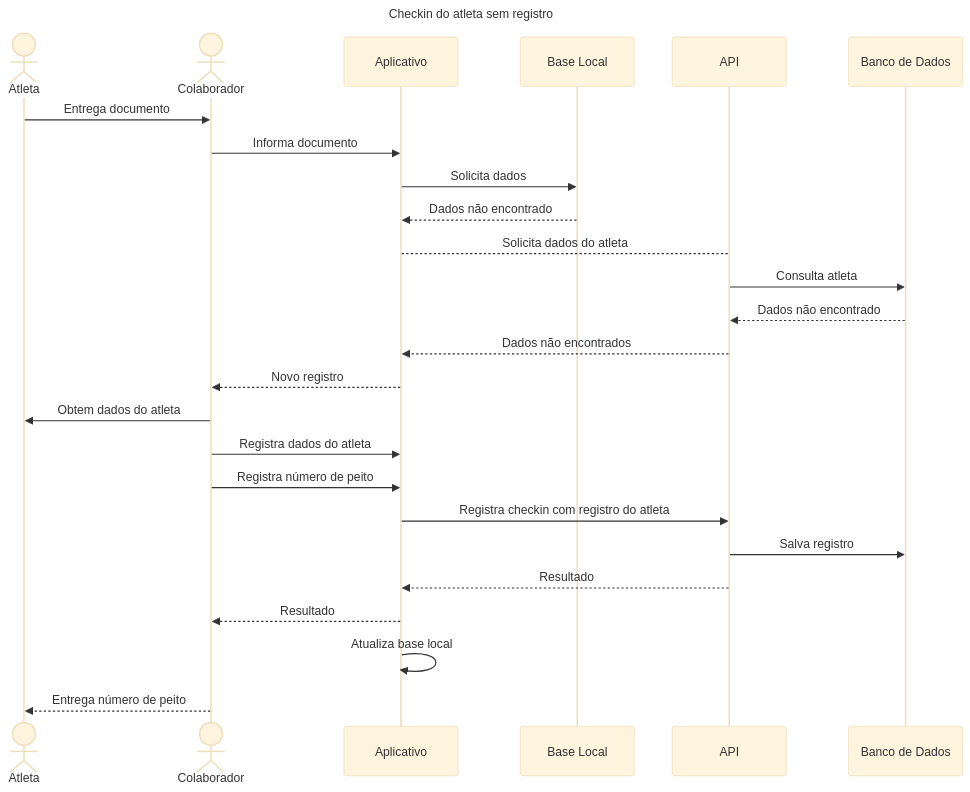
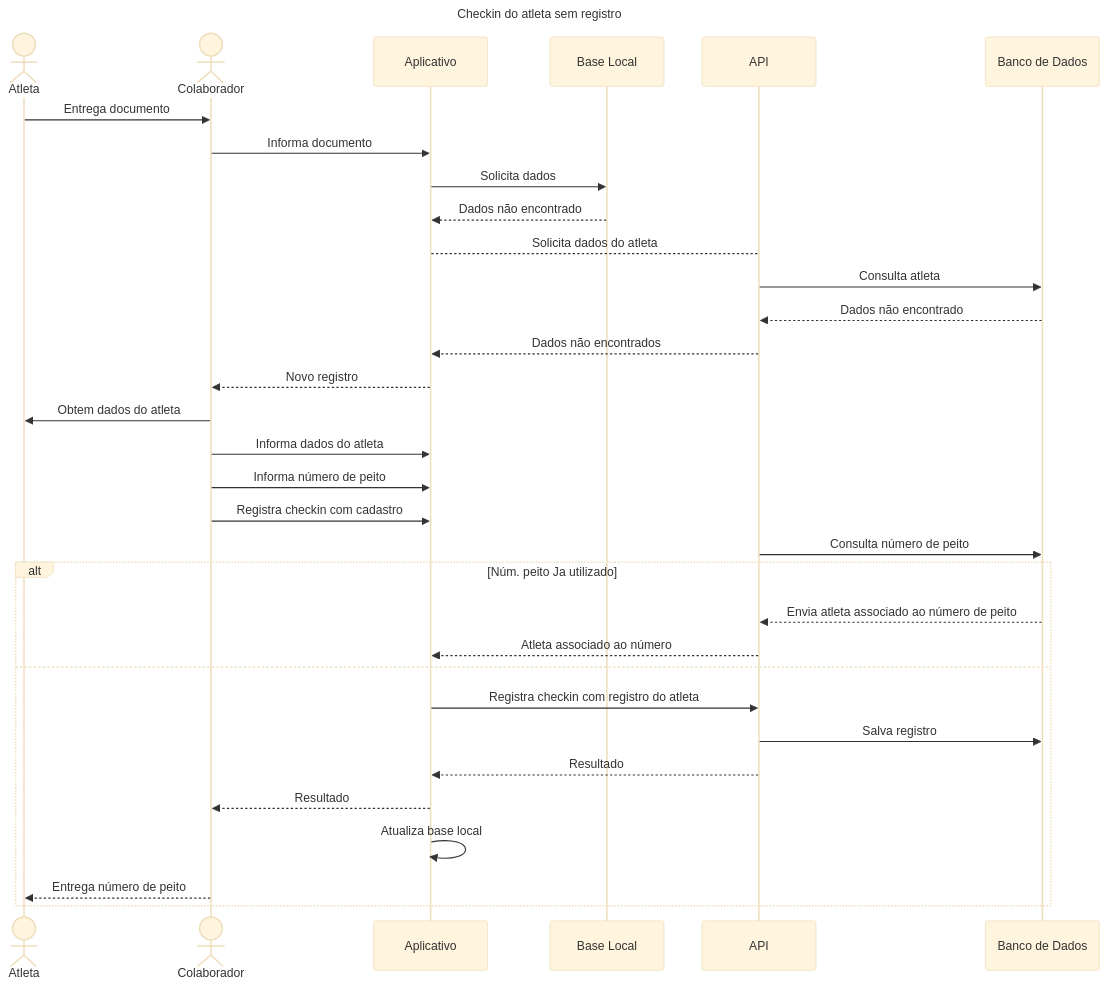
Before and after one commit to brgilsonsp/corrida_familia_piba: the diagram in designer/diagrams/features/checkin_record_not_saved.md, drawn with Mermaid (base theme). The commit also changed 4 other files, not shown here.

````diff
--- a/designer/diagrams/features/checkin_record_not_saved.md
+++ b/designer/diagrams/features/checkin_record_not_saved.md
@@ -1,30 +1,37 @@
 ```mermaid
 sequenceDiagram
     title Checkin do atleta sem registro
 
     actor Atleta as Atleta
     actor Colaborador as Colaborador
     participant Aplicativo as Aplicativo
     participant DB_LOCAL as Base Local
     participant API as API
     participant DB as Banco de Dados
     
     Atleta->>Colaborador: Entrega documento
     Colaborador->>Aplicativo: Informa documento
     Aplicativo->>DB_LOCAL: Solicita dados
     DB_LOCAL-->>Aplicativo: Dados não encontrado
     Aplicativo-->API: Solicita dados do atleta
     API->>DB: Consulta atleta
     DB-->>API: Dados não encontrado
     API-->>Aplicativo: Dados não encontrados
     Aplicativo-->>Colaborador: Novo registro
     Colaborador->>Atleta: Obtem dados do atleta
-    Colaborador->>Aplicativo: Registra dados do atleta
-    Colaborador->>Aplicativo: Registra número de peito
-    Aplicativo->>API: Registra checkin com registro do atleta
-    API->>DB: Salva registro
-    API-->>Aplicativo: Resultado
-    Aplicativo-->>Colaborador: Resultado
-    Aplicativo->>Aplicativo: Atualiza base local
-    Colaborador-->>Atleta: Entrega número de peito
+    Colaborador->>Aplicativo: Informa dados do atleta
+    Colaborador->>Aplicativo: Informa número de peito
+    Colaborador->>Aplicativo: Registra checkin com cadastro
+    API->>DB: Consulta número de peito
+    alt Núm. peito Ja utilizado
+        DB-->>API: Envia atleta associado ao número de peito
+        API-->>Aplicativo: Atleta associado ao número
+    else
+        Aplicativo->>API: Registra checkin com registro do atleta
+        API->>DB: Salva registro
+        API-->>Aplicativo: Resultado
+        Aplicativo-->>Colaborador: Resultado
+        Aplicativo->>Aplicativo: Atualiza base local
+        Colaborador-->>Atleta: Entrega número de peito
+    end
 ```
````
